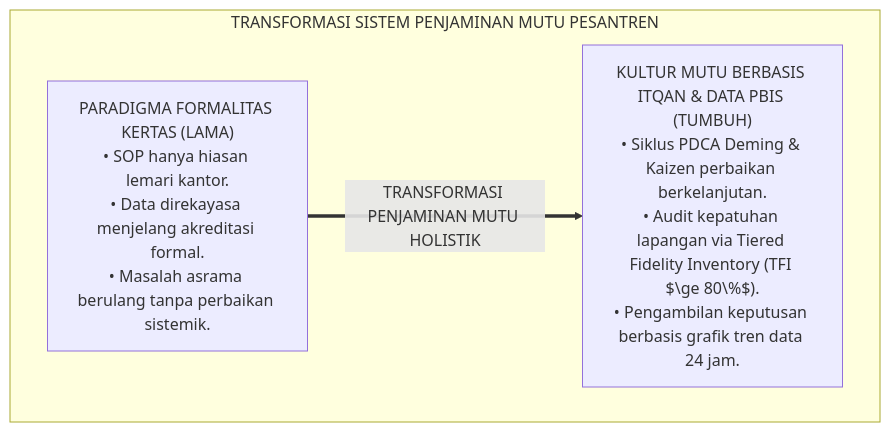
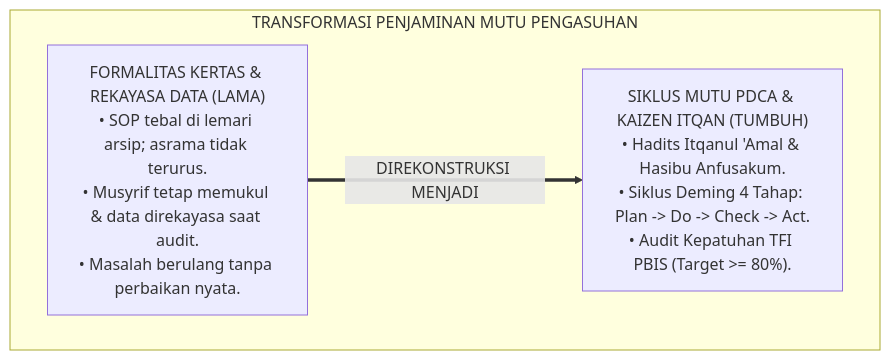
Before and after one commit to wandiapriliyandi/tumbuh: the first of 3 diagrams in 02 Principles/07 Implementation Principles/P2-07-04-Prinsip-Penjaminan-Mutu-dan-Continuous-Improvement.md, drawn with Mermaid. The commit also changed other lines of this file and 6 other files, not shown here.

````diff
--- a/02 Principles/07 Implementation Principles/P2-07-04-Prinsip-Penjaminan-Mutu-dan-Continuous-Improvement.md
+++ b/02 Principles/07 Implementation Principles/P2-07-04-Prinsip-Penjaminan-Mutu-dan-Continuous-Improvement.md
@@ -62,10 +56,10 @@
 ```mermaid
 flowchart TD
-    subgraph TransformasiPenjaminanMutu["TRANSFORMASI SISTEM PENJAMINAN MUTU PESANTREN"]
-        MutuFormalitas["PARADIGMA FORMALITAS KERTAS (LAMA)<br/>• SOP hanya hiasan lemari kantor.<br/>• Data direkayasa menjelang akreditasi formal.<br/>• Masalah asrama berulang tanpa perbaikan sistemik."]
+    subgraph TransformasiPenjaminanMutu["TRANSFORMASI PENJAMINAN MUTU PENGASUHAN"]
+        PolaKertasLama["FORMALITAS KERTAS & REKAYASA DATA (LAMA)<br/>• SOP tebal di lemari arsip; asrama tidak terurus.<br/>• Musyrif tetap memukul & data direkayasa saat audit.<br/>• Masalah berulang tanpa perbaikan nyata."]
         
-        MutuTUMBUH["KULTUR MUTU BERBASIS ITQAN & DATA PBIS (TUMBUH)<br/>• Siklus PDCA Deming & Kaizen perbaikan berkelanjutan.<br/>• Audit kepatuhan lapangan via Tiered Fidelity Inventory (TFI $\ge 80\%$).<br/>• Pengambilan keputusan berbasis grafik tren data 24 jam."]
+        PolaPDCATUMBUH["SIKLUS MUTU PDCA & KAIZEN ITQAN (TUMBUH)<br/>• Hadits Itqanul 'Amal & Hasibu Anfusakum.<br/>• Siklus Deming 4 Tahap: Plan -> Do -> Check -> Act.<br/>• Audit Kepatuhan TFI PBIS (Target >= 80%)."]
         
-        MutuFormalitas ==>|TRANSFORMASI PENJAMINAN MUTU HOLISTIK| MutuTUMBUH
+        PolaKertasLama ==>|DIREKONSTRUKSI MENJADI| PolaPDCATUMBUH
     end
 ```
````
